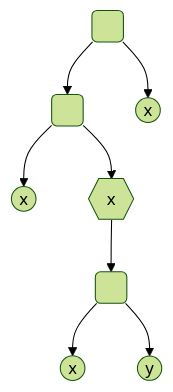
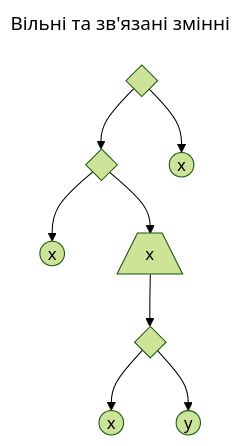
Before and after one commit to gzholtkevych/CertifiedProgramming: the second of 3 diagrams in Lectures/lecture-2.md, drawn with Mermaid (forest theme). The commit also changed other lines of this file, not shown here.

````diff
--- a/Lectures/lecture-2.md
+++ b/Lectures/lecture-2.md
@@ -61,10 +62,13 @@
 ```mermaid
+---
+title: Вільні та зв'язані змінні
+---
 graph TD
-    A( ) --> B( )
+    A{ } --> B{ }
     A --> C((x))
     B --> D((x))
-    B --> E{{x}}
-    E --> F( )
+    B --> E[/x\]
+    E --> F{ }
     F --> G((x))
     F --> H((y))
 ```
````
